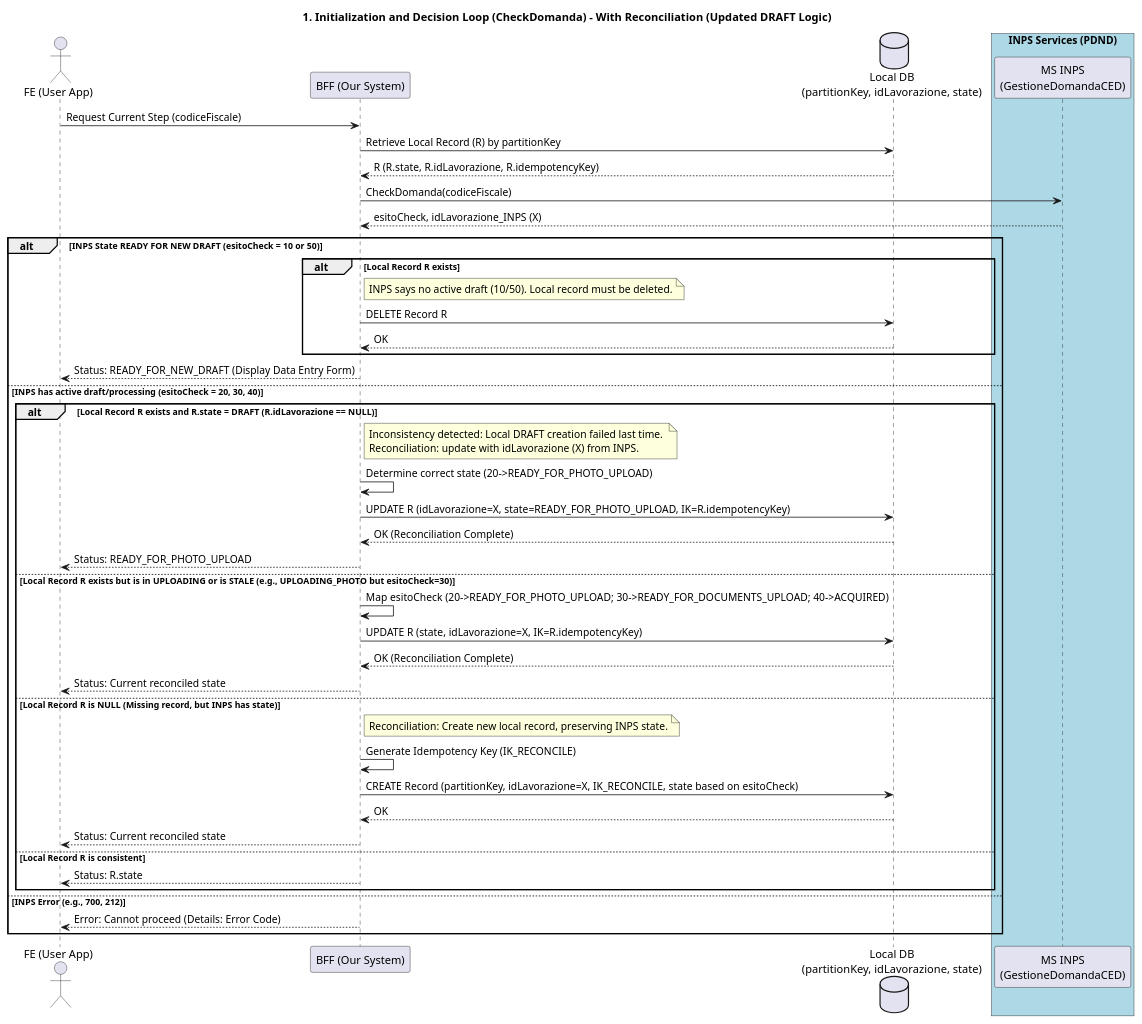
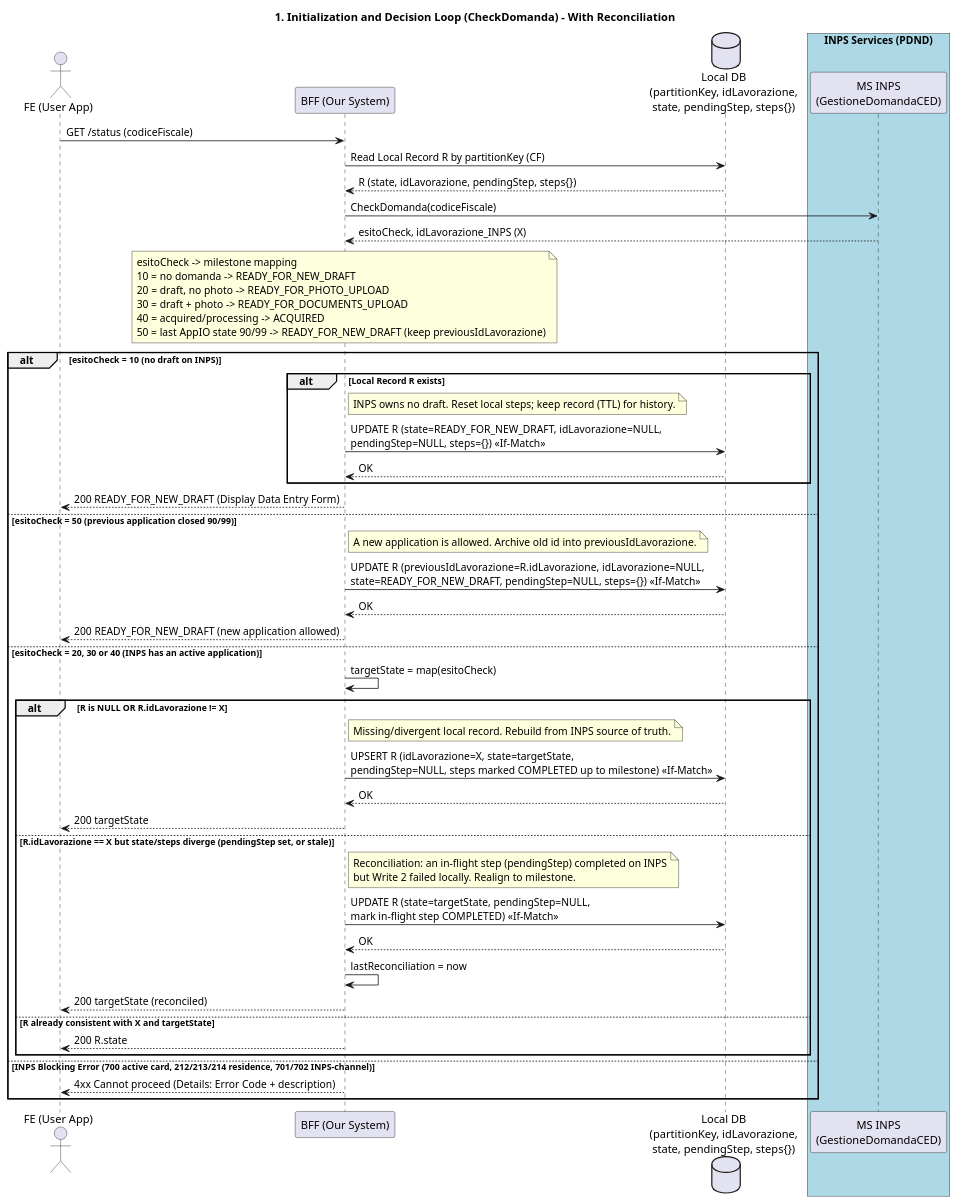
The diagram in docs/ced-card-request/sequence/check_request_sequence.puml (pagopa/io-growth), drawn with PlantUML before and after one commit. The commit also changed 69 other files, not shown here.

```diff
--- a/docs/ced-card-request/sequence/check_request_sequence.puml
+++ b/docs/ced-card-request/sequence/check_request_sequence.puml
@@ -1,57 +1,59 @@
 @startuml Check Request Sequence Diagram
 
 actor "FE (User App)" as FE
 participant "BFF (Our System)" as BFF
-database "Local DB\n(partitionKey, idLavorazione, state)" as DB
+database "Local DB\n(partitionKey, idLavorazione,\nstate, pendingStep, steps{})" as DB
 box "INPS Services (PDND)" #LightBlue
   participant "MS INPS\n(GestioneDomandaCED)" as INPS
 end box
 
-title 1. Initialization and Decision Loop (CheckDomanda) - With Reconciliation (Updated DRAFT Logic)
+title 1. Initialization and Decision Loop (CheckDomanda) - With Reconciliation
 
-FE -> BFF: Request Current Step (codiceFiscale)
+FE -> BFF: GET /status (codiceFiscale)
 
-BFF -> DB: Retrieve Local Record (R) by partitionKey
-DB --> BFF: R (R.state, R.idLavorazione, R.idempotencyKey)
+BFF -> DB: Read Local Record R by partitionKey (CF)
+DB --> BFF: R (state, idLavorazione, pendingStep, steps{})
 
 BFF -> INPS: CheckDomanda(codiceFiscale)
 INPS --> BFF: esitoCheck, idLavorazione_INPS (X)
 
-alt INPS State READY FOR NEW DRAFT (esitoCheck = 10 or 50)
+note over BFF: esitoCheck -> milestone mapping\n10 = no domanda -> READY_FOR_NEW_DRAFT\n20 = draft, no photo -> READY_FOR_PHOTO_UPLOAD\n30 = draft + photo -> READY_FOR_DOCUMENTS_UPLOAD\n40 = acquired/processing -> ACQUIRED\n50 = last AppIO state 90/99 -> READY_FOR_NEW_DRAFT (keep previousIdLavorazione)
+
+alt esitoCheck = 10 (no draft on INPS)
     alt Local Record R exists
-        note right of BFF: INPS says no active draft (10/50). Local record must be deleted.
-        BFF -> DB: DELETE Record R
+        note right of BFF: INPS owns no draft. Reset local steps; keep record (TTL) for history.
+        BFF -> DB: UPDATE R (state=READY_FOR_NEW_DRAFT, idLavorazione=NULL,\npendingStep=NULL, steps={}) <<If-Match>>
         DB --> BFF: OK
     end
-    BFF --> FE: Status: READY_FOR_NEW_DRAFT (Display Data Entry Form)
+    BFF --> FE: 200 READY_FOR_NEW_DRAFT (Display Data Entry Form)
 
-else INPS has active draft/processing (esitoCheck = 20, 30, 40)
-    alt Local Record R exists and R.state = DRAFT (R.idLavorazione == NULL)
-        note right of BFF: Inconsistency detected: Local DRAFT creation failed last time. \nReconciliation: update with idLavorazione (X) from INPS.
+else esitoCheck = 50 (previous application closed 90/99)
+    note right of BFF: A new application is allowed. Archive old id into previousIdLavorazione.
+    BFF -> DB: UPDATE R (previousIdLavorazione=R.idLavorazione, idLavorazione=NULL,\nstate=READY_FOR_NEW_DRAFT, pendingStep=NULL, steps={}) <<If-Match>>
+    DB --> BFF: OK
+    BFF --> FE: 200 READY_FOR_NEW_DRAFT (new application allowed)
 
-        BFF -> BFF: Determine correct state (20->READY_FOR_PHOTO_UPLOAD)
-        BFF -> DB: UPDATE R (idLavorazione=X, state=READY_FOR_PHOTO_UPLOAD, IK=R.idempotencyKey)
-        DB --> BFF: OK (Reconciliation Complete)
-        BFF --> FE: Status: READY_FOR_PHOTO_UPLOAD
+else esitoCheck = 20, 30 or 40 (INPS has an active application)
+    BFF -> BFF: targetState = map(esitoCheck)
 
-    else Local Record R exists but is in UPLOADING or is STALE (e.g., UPLOADING_PHOTO but esitoCheck=30)
-        BFF -> BFF: Map esitoCheck (20->READY_FOR_PHOTO_UPLOAD; 30->READY_FOR_DOCUMENTS_UPLOAD; 40->ACQUIRED)
-        BFF -> DB: UPDATE R (state, idLavorazione=X, IK=R.idempotencyKey)
-        DB --> BFF: OK (Reconciliation Complete)
-        BFF --> FE: Status: Current reconciled state
+    alt R is NULL OR R.idLavorazione != X
+        note right of BFF: Missing/divergent local record. Rebuild from INPS source of truth.
+        BFF -> DB: UPSERT R (idLavorazione=X, state=targetState,\npendingStep=NULL, steps marked COMPLETED up to milestone) <<If-Match>>
+        DB --> BFF: OK
+        BFF --> FE: 200 targetState
 
-    else Local Record R is NULL (Missing record, but INPS has state)
-        note right of BFF: Reconciliation: Create new local record, preserving INPS state.
-        BFF -> BFF: Generate Idempotency Key (IK_RECONCILE)
-        BFF -> DB: CREATE Record (partitionKey, idLavorazione=X, IK_RECONCILE, state based on esitoCheck)
+    else R.idLavorazione == X but state/steps diverge (pendingStep set, or stale)
+        note right of BFF: Reconciliation: an in-flight step (pendingStep) completed on INPS\nbut Write 2 failed locally. Realign to milestone.
+        BFF -> DB: UPDATE R (state=targetState, pendingStep=NULL,\nmark in-flight step COMPLETED) <<If-Match>>
         DB --> BFF: OK
-        BFF --> FE: Status: Current reconciled state
+        BFF -> BFF: lastReconciliation = now
+        BFF --> FE: 200 targetState (reconciled)
 
-    else Local Record R is consistent
-        BFF --> FE: Status: R.state
+    else R already consistent with X and targetState
+        BFF --> FE: 200 R.state
     end
 
-else INPS Error (e.g., 700, 212)
-    BFF --> FE: Error: Cannot proceed (Details: Error Code)
+else INPS Blocking Error (700 active card, 212/213/214 residence, 701/702 INPS-channel)
+    BFF --> FE: 4xx Cannot proceed (Details: Error Code + description)
 end
 @enduml
```
